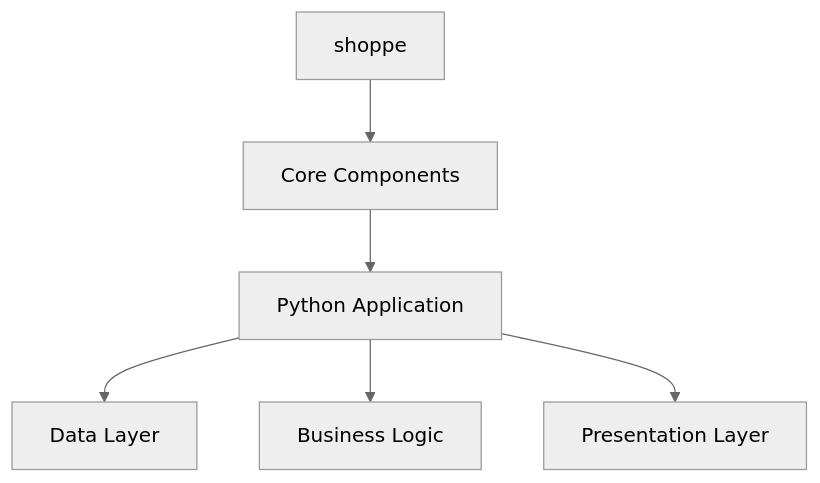
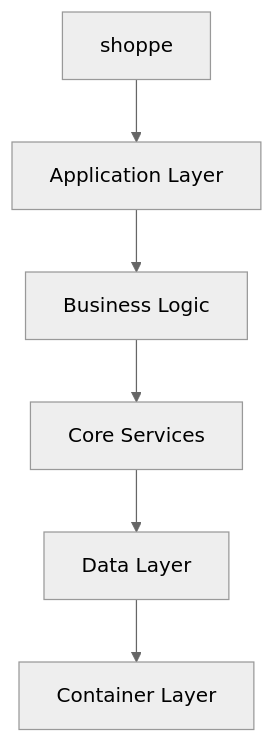
The diagram in docs/architecture/overview.md (HimansuSaha/shoppe), drawn with Mermaid (neutral theme) before and after one commit. The commit also changed other lines of this file and 9 other files, not shown here.

````diff
--- a/docs/architecture/overview.md
+++ b/docs/architecture/overview.md
@@ -26,8 +63,8 @@
 ```mermaid
 graph TD
-    A[shoppe] --> B[Core Components]
-    B --> C[Python Application]
-    C --> D[Data Layer]
-    C --> E[Business Logic]
-    C --> F[Presentation Layer]
+    A[shoppe] --> B[Application Layer]
+    B --> C[Business Logic]
+    C --> D[Core Services]
+    D --> E[Data Layer]
+    E --> F[Container Layer]
 ```
````
